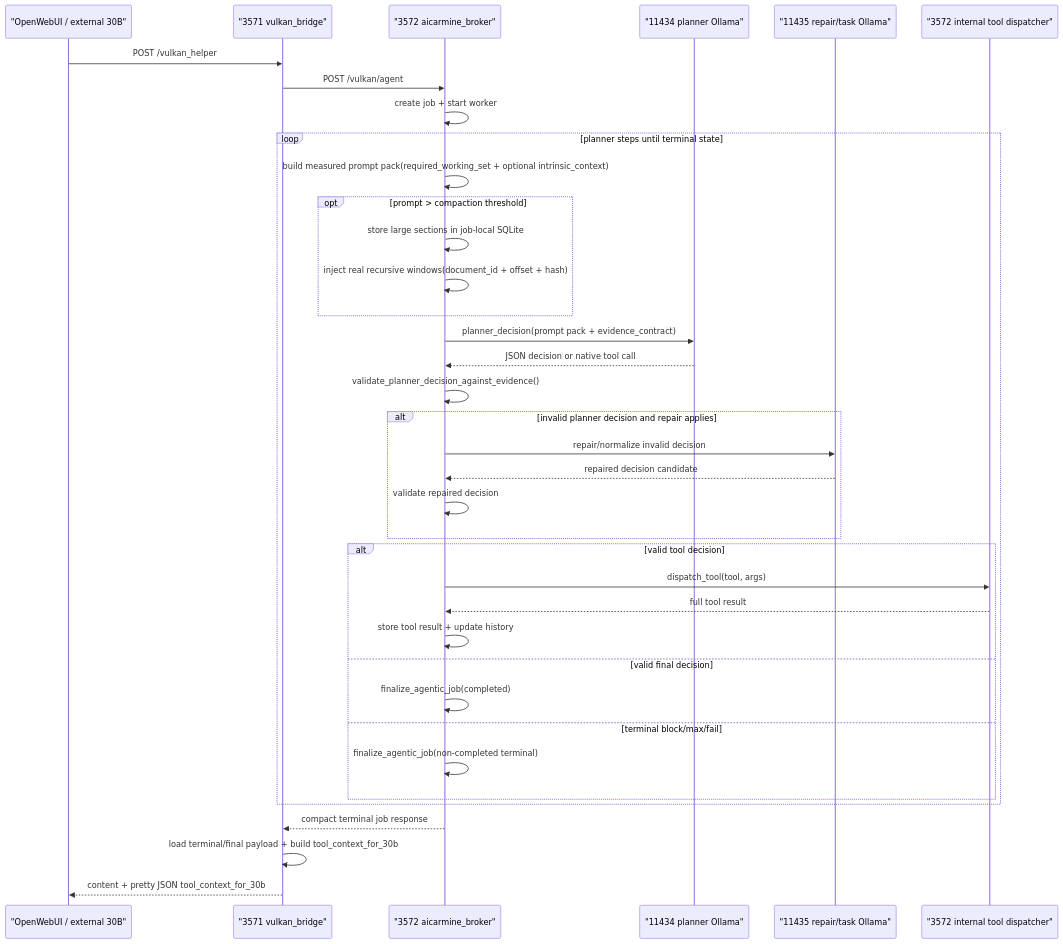
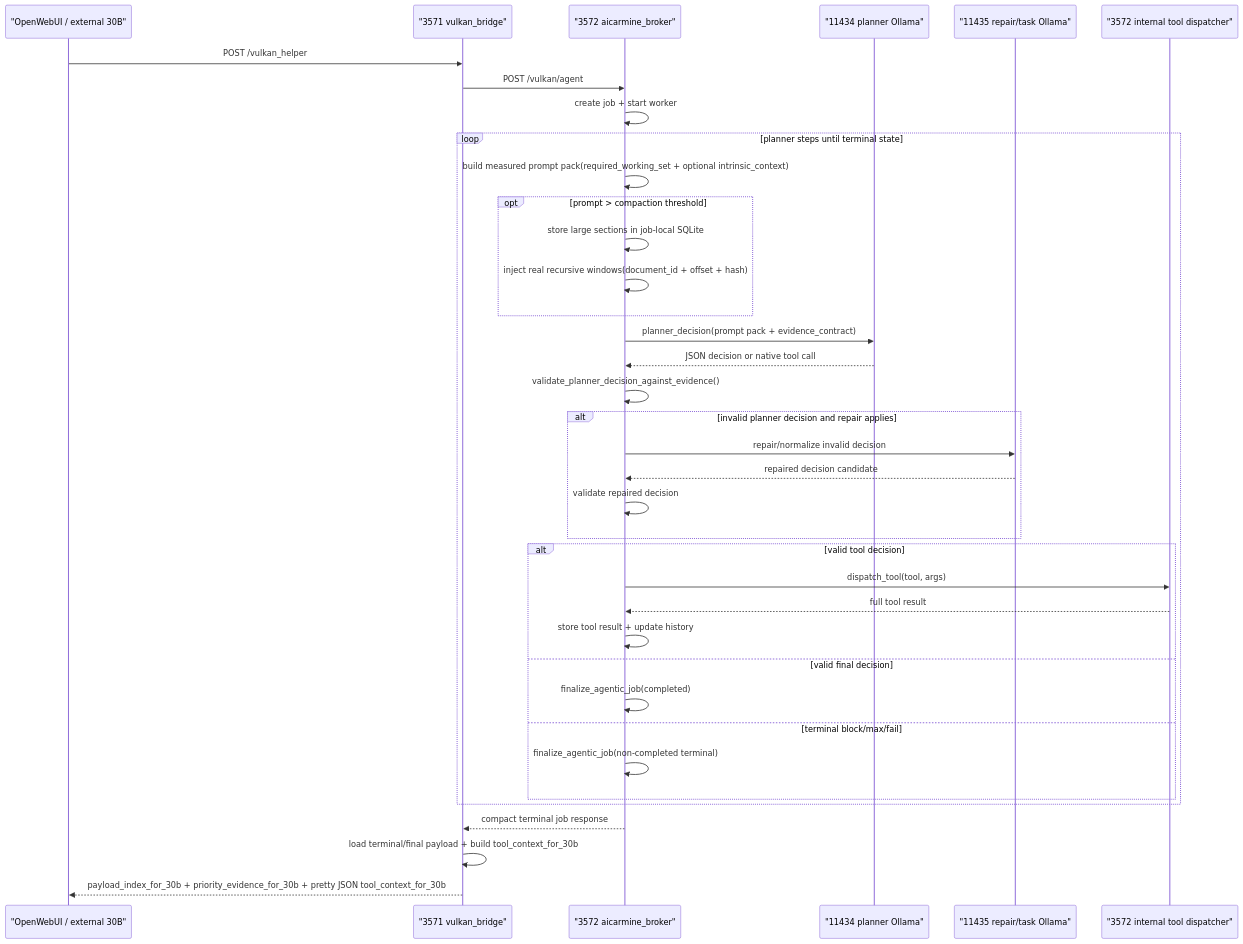
One commit to C-F-tek/agentic-tool-loop changed the diagram in services/END_TO_END_AGENTIC_FLOW.md. Above: the diagram before and after it, drawn with Mermaid. The commit also changed other lines of this file and 11 other files, not shown here.

````diff
--- a/services/END_TO_END_AGENTIC_FLOW.md
+++ b/services/END_TO_END_AGENTIC_FLOW.md
@@ -25,40 +25,40 @@
 ```mermaid
 sequenceDiagram
     participant OWUI as "OpenWebUI / external 30B"
     participant B3571 as "3571 vulkan_bridge"
     participant B3572 as "3572 aicarmine_broker"
     participant P11434 as "11434 planner Ollama"
     participant R11435 as "11435 repair/task Ollama"
     participant Tools as "3572 internal tool dispatcher"
 
     OWUI->>B3571: POST /vulkan_helper
     B3571->>B3572: POST /vulkan/agent
     B3572->>B3572: create job + start worker
     loop planner steps until terminal state
         B3572->>B3572: build measured prompt pack(required_working_set + optional intrinsic_context)
         opt prompt > compaction threshold
             B3572->>B3572: store large sections in job-local SQLite
             B3572->>B3572: inject real recursive windows(document_id + offset + hash)
         end
         B3572->>P11434: planner_decision(prompt pack + evidence_contract)
         P11434-->>B3572: JSON decision or native tool call
         B3572->>B3572: validate_planner_decision_against_evidence()
         alt invalid planner decision and repair applies
             B3572->>R11435: repair/normalize invalid decision
             R11435-->>B3572: repaired decision candidate
             B3572->>B3572: validate repaired decision
         end
         alt valid tool decision
             B3572->>Tools: dispatch_tool(tool, args)
             Tools-->>B3572: full tool result
             B3572->>B3572: store tool result + update history
         else valid final decision
             B3572->>B3572: finalize_agentic_job(completed)
         else terminal block/max/fail
             B3572->>B3572: finalize_agentic_job(non-completed terminal)
         end
     end
     B3572-->>B3571: compact terminal job response
     B3571->>B3571: load terminal/final payload + build tool_context_for_30b
-    B3571-->>OWUI: content + pretty JSON tool_context_for_30b
+    B3571-->>OWUI: payload_index_for_30b + priority_evidence_for_30b + pretty JSON tool_context_for_30b
 ```
````
